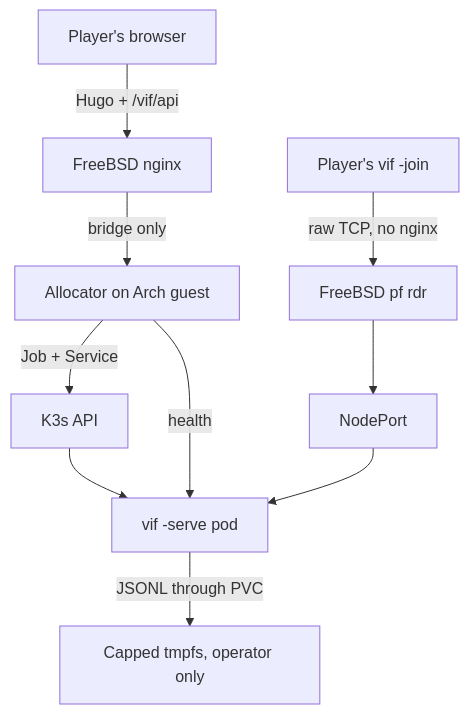
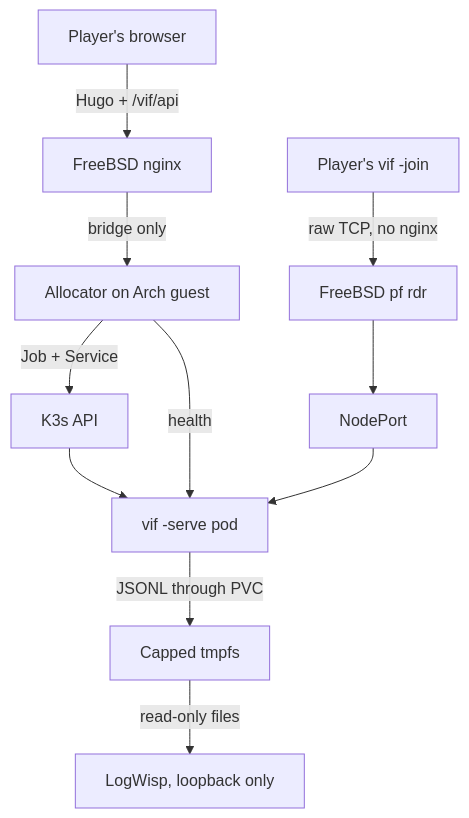
Before and after one commit to lixenwraith/vi-fighter: the diagram in doc/kube_docker_deploy.md, drawn with Mermaid. The commit also changed other lines of this file and 3 other files, not shown here.

Commit message:
docs: add LogWisp fan-in validation

````diff
--- a/doc/kube_docker_deploy.md
+++ b/doc/kube_docker_deploy.md
@@ -47,10 +47,11 @@
 ```mermaid
 flowchart TD
     Browser["Player's browser"] -->|"Hugo + /vif/api"| Site["FreeBSD nginx"]
     Site -->|"bridge only"| Alloc["Allocator on Arch guest"]
     Alloc -->|"Job + Service"| API["K3s API"]
     API --> Pod["vif -serve pod"]
     Alloc -->|"health"| Pod
     Term["Player's vif -join"] -->|"raw TCP, no nginx"| PF["FreeBSD pf rdr"] --> NP["NodePort"] --> Pod
-    Pod -->|"JSONL through PVC"| Log["Capped tmpfs, operator only"]
+    Pod -->|"JSONL through PVC"| Log["Capped tmpfs"]
+    Log -->|"read-only files"| Wisp["LogWisp, loopback only"]
 ```
````
